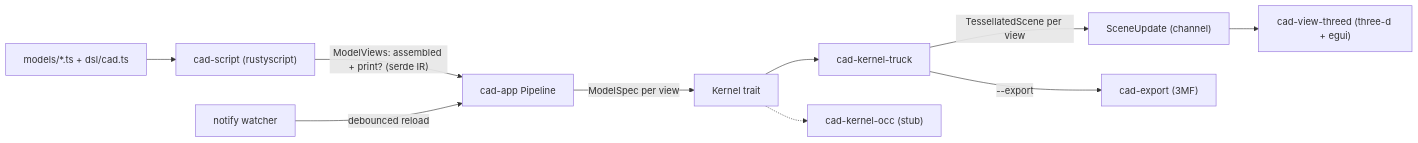
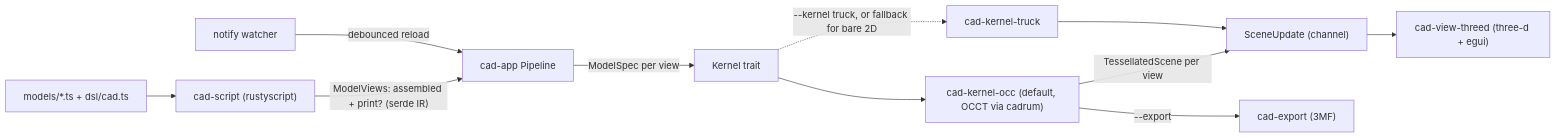
The diagram in architecture/README.md (tyler-goodwin/platecad), drawn with Mermaid before and after one commit. The commit also changed other lines of this file and 1 other file, not shown here.

Commit message:
Bring the architecture docs up to date with the OCC default.
The data-flow diagram still showed OCC as a stub, the roadmap listed OCC
linkage as out of scope, improvements.md still proposed fillets and
chamfers, and the rounded-box row described values the model file no
longer uses.

````diff
--- a/architecture/README.md
+++ b/architecture/README.md
@@ -13,12 +13,13 @@
 ```mermaid
 flowchart LR
   ts["models/*.ts + dsl/cad.ts"] --> script["cad-script (rustyscript)"]
   script -->|"ModelViews: assembled + print? (serde IR)"| pipeline["cad-app Pipeline"]
   pipeline -->|"ModelSpec per view"| kernel["Kernel trait"]
-  kernel --> truck["cad-kernel-truck"]
-  kernel -.-> occ["cad-kernel-occ (stub)"]
-  truck -->|"TessellatedScene per view"| update["SceneUpdate (channel)"]
+  kernel --> occ["cad-kernel-occ (default, OCCT via cadrum)"]
+  kernel -.->|"--kernel truck, or fallback for bare 2D"| truck["cad-kernel-truck"]
+  occ -->|"TessellatedScene per view"| update["SceneUpdate (channel)"]
+  truck --> update
   update --> view["cad-view-threed (three-d + egui)"]
-  truck -->|"--export"| export["cad-export (3MF)"]
+  occ -->|"--export"| export["cad-export (3MF)"]
   watch["notify watcher"] -->|"debounced reload"| pipeline
 ```
````
